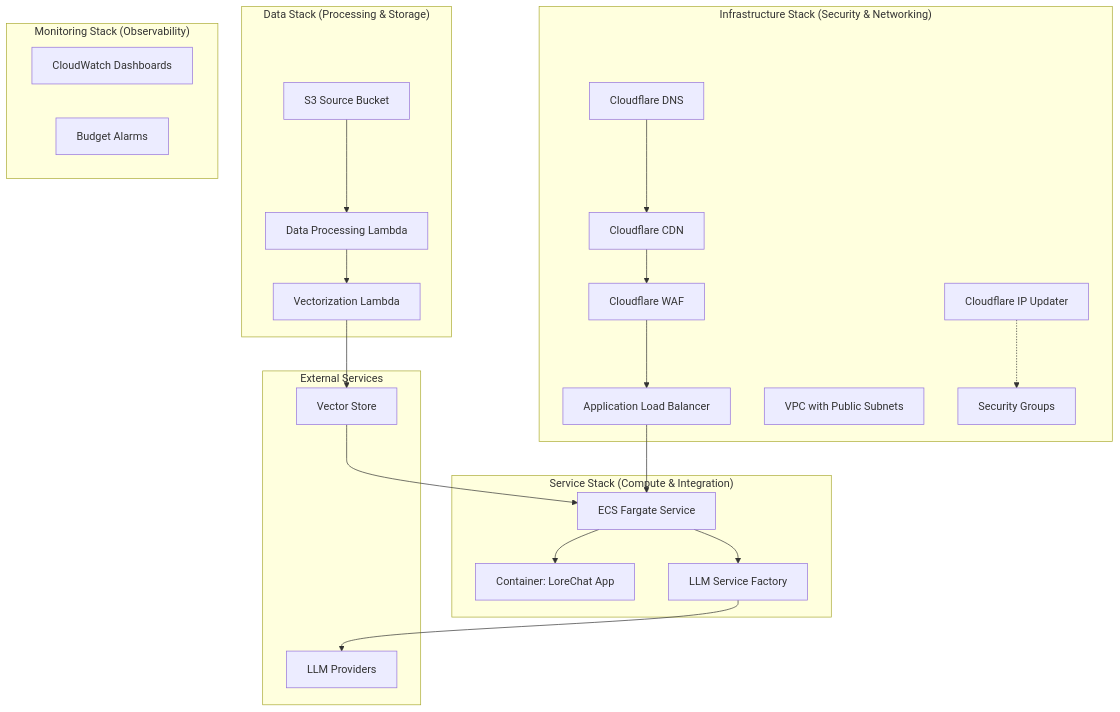
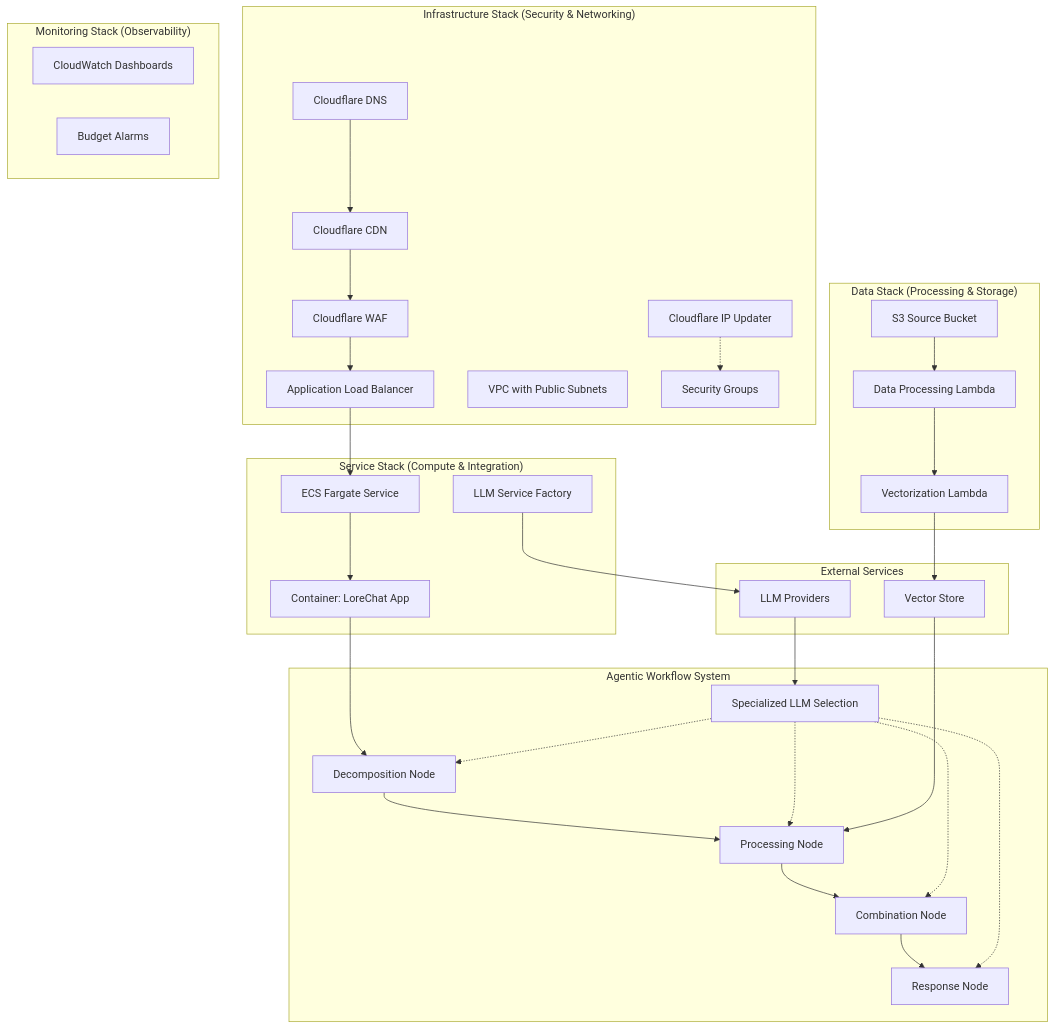
Before and after one commit to laialex501/lorechat-cdk: the first of 10 diagrams in README.md, drawn with Mermaid. The commit also changed other lines of this file, not shown here.

````diff
--- a/README.md
+++ b/README.md
@@ -26,38 +27,51 @@
 ```mermaid
 graph TD
     subgraph "Infrastructure Stack (Security & Networking)"
         A[Cloudflare DNS] --> B[Cloudflare CDN]
         B --> C[Cloudflare WAF]
         C --> D[Application Load Balancer]
         E[VPC with Public Subnets]
         F[Cloudflare IP Updater]
         F -.-> G[Security Groups]
     end
 
     subgraph "Service Stack (Compute & Integration)"
         D --> H[ECS Fargate Service]
         H --> I[Container: LoreChat App]
         J[LLM Service Factory]
     end
 
+    subgraph "Agentic Workflow System"
+        I --> K[Decomposition Node]
+        K --> L[Processing Node]
+        L --> M[Combination Node]
+        M --> N[Response Node]
+        O[Specialized LLM Selection]
+        O -.-> K
+        O -.-> L
+        O -.-> M
+        O -.-> N
+    end
+
     subgraph "Data Stack (Processing & Storage)"
-        K[S3 Source Bucket]
-        L[Data Processing Lambda]
-        M[Vectorization Lambda]
-        K --> L --> M
+        P[S3 Source Bucket]
+        Q[Data Processing Lambda]
+        R[Vectorization Lambda]
+        P --> Q --> R
     end
 
     subgraph "Monitoring Stack (Observability)"
-        N[CloudWatch Dashboards]
-        O[Budget Alarms]
+        S[CloudWatch Dashboards]
+        T[Budget Alarms]
     end
 
     subgraph "External Services"
-        P[Vector Store]
-        Q[LLM Providers]
+        U[Vector Store]
+        V[LLM Providers]
     end
 
-    M --> P
-    H --> J --> Q
-    P --> H
+    R --> U
+    J --> V
+    U --> L
+    V --> O
 ```
````
